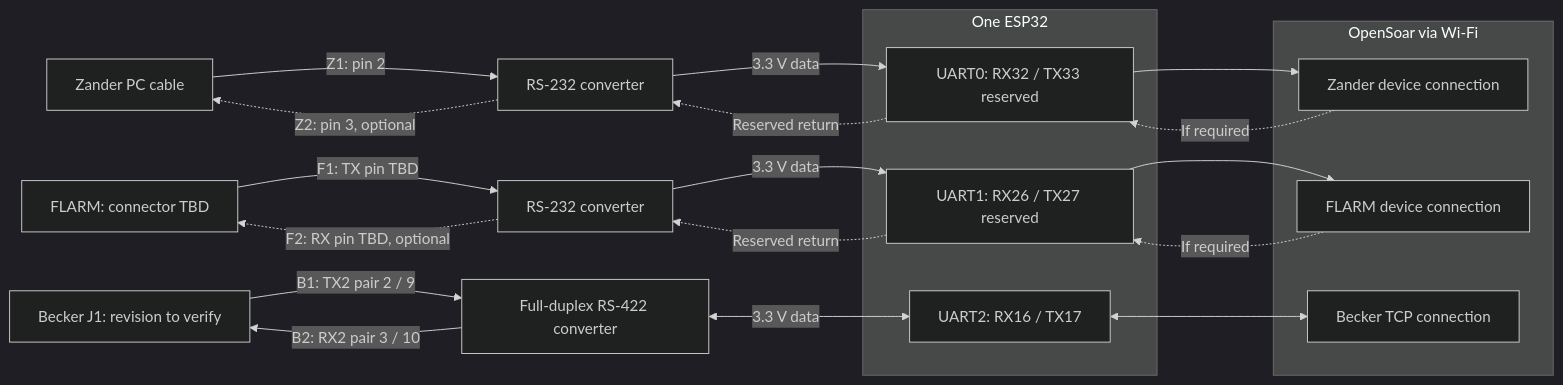
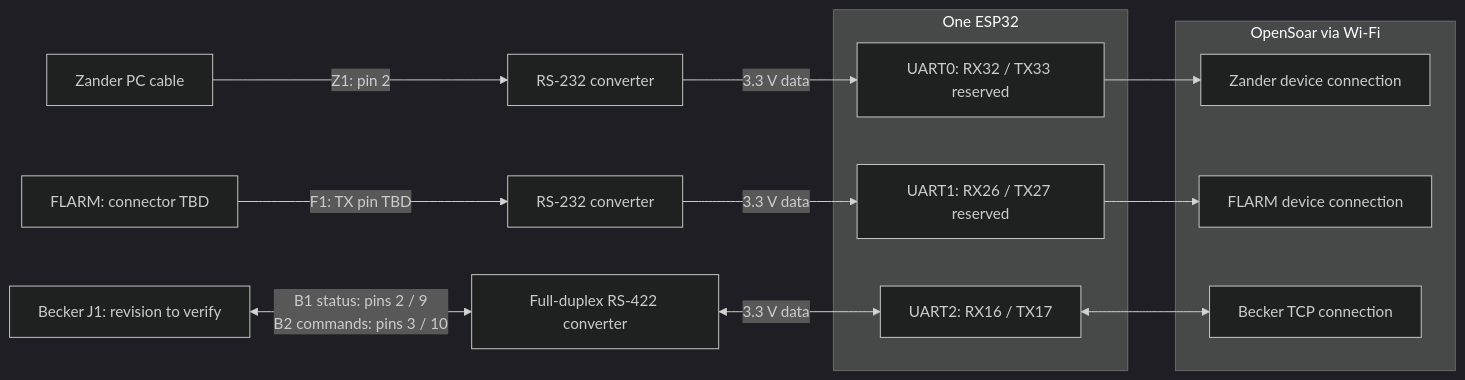
One commit to MomoRC-tech/Becker-AR6201-to-OpenSoar changed the diagram in docs/connections.md. Above: the diagram before and after it, drawn with Mermaid (dark theme). The commit also changed other lines of this file, not shown here.

Commit message:
Keep instrument paths left to right in the connection diagram

````diff
--- a/docs/connections.md
+++ b/docs/connections.md
@@ -11,29 +11,22 @@
 ```mermaid
 flowchart LR
     Z["Zander PC cable"] -->|Z1: pin 2| ZC["RS-232 converter"]
-    ZC -.->|Z2: pin 3, optional| Z
     F["FLARM: connector TBD"] -->|F1: TX pin TBD| FC["RS-232 converter"]
-    FC -.->|F2: RX pin TBD, optional| F
-    B["Becker J1: revision to verify"] -->|B1: TX2 pair 2 / 9| BC["Full-duplex RS-422 converter"]
-    BC -->|B2: RX2 pair 3 / 10| B
+    B["Becker J1: revision to verify"] <-->|B1 status: pins 2 / 9<br/>B2 commands: pins 3 / 10| BC["Full-duplex RS-422 converter"]
     subgraph ESP["One ESP32"]
         U0["UART0: RX32 / TX33 reserved"]
         U1["UART1: RX26 / TX27 reserved"]
         U2["UART2: RX16 / TX17"]
     end
     ZC -->|3.3 V data| U0
-    U0 -.->|Reserved return| ZC
     FC -->|3.3 V data| U1
-    U1 -.->|Reserved return| FC
     BC <-->|3.3 V data| U2
     subgraph OS["OpenSoar via Wi-Fi"]
         NZ["Zander device connection"]
         NF["FLARM device connection"]
         RB["Becker TCP connection"]
     end
     U0 --> NZ
-    NZ -.->|If required| U0
     U1 --> NF
-    NF -.->|If required| U1
     U2 <--> RB
 ```
````
